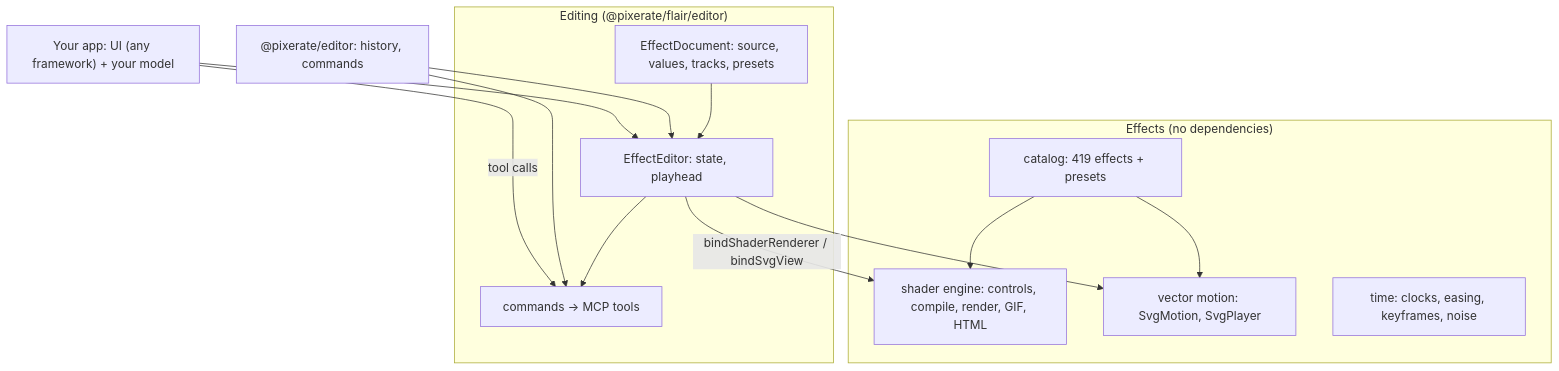
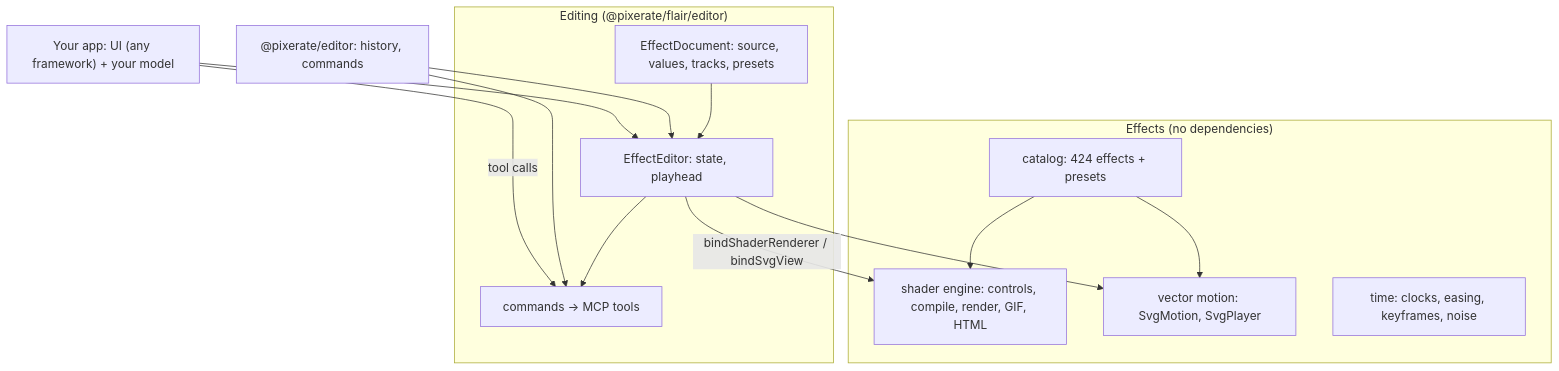
Before and after one commit to Pixerate/flair: the diagram in README.md, drawn with Mermaid. The commit also changed other lines of this file and 7 other files, not shown here.

First line of the commit message:
feat(catalog): add pencil, watercolour, pen and ink, charcoal and sketch reveal effects

````diff
--- a/README.md
+++ b/README.md
@@ -67,27 +67,27 @@
 ```mermaid
 graph TD
   subgraph Effects["Effects (no dependencies)"]
-    Catalog["catalog: 419 effects + presets"]
+    Catalog["catalog: 424 effects + presets"]
     Shader["shader engine: controls, compile, render, GIF, HTML"]
     Vector["vector motion: SvgMotion, SvgPlayer"]
     Time["time: clocks, easing, keyframes, noise"]
   end
   subgraph Editing["Editing (@pixerate/flair/editor)"]
     Doc["EffectDocument: source, values, tracks, presets"]
     Editor["EffectEditor: state, playhead"]
     Cmds["commands → MCP tools"]
   end
   PE["@pixerate/editor: history, commands"]
   Host["Your app: UI (any framework) + your model"]
 
   Catalog --> Shader
   Catalog --> Vector
   Doc --> Editor
   Editor --> Cmds
   PE --> Editor
   PE --> Cmds
   Editor -- bindShaderRenderer / bindSvgView --> Shader
   Editor --> Vector
   Host --> Editor
   Host -- tool calls --> Cmds
 ```
````
